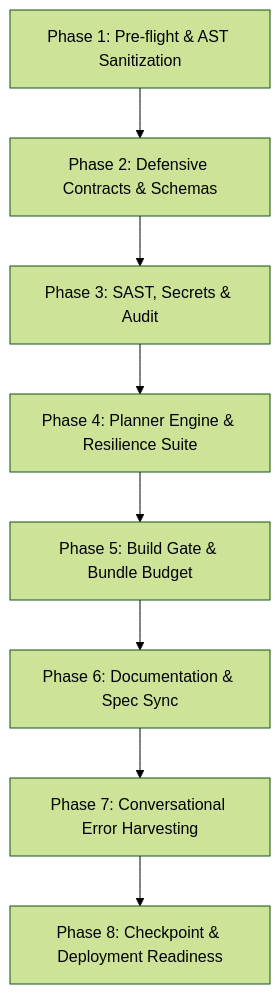
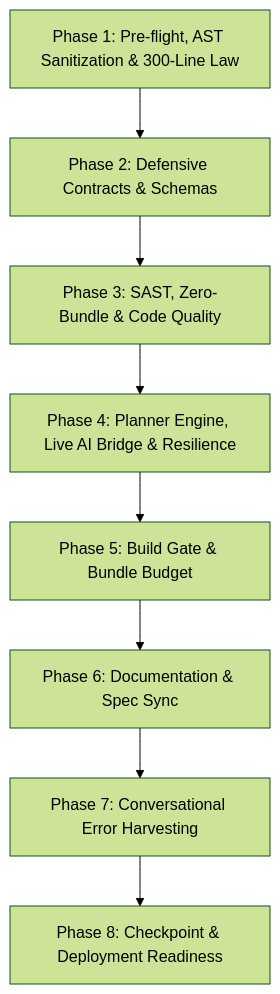
Before and after one commit to hitanshuac/utsav: the diagram in .agents/skills/master-sync/SKILL.md, drawn with Mermaid (forest theme). The commit also changed other lines of this file and 67 other files, not shown here.

Commit message:
feat(governance): achieve 99+ code quality with 8-scan compliance, modular decomposition & challenge 5 post-mortem

````diff
--- a/.agents/skills/master-sync/SKILL.md
+++ b/.agents/skills/master-sync/SKILL.md
@@ -12,10 +12,10 @@
 ```mermaid
 graph TD
-    P1[Phase 1: Pre-flight & AST Sanitization] --> P2[Phase 2: Defensive Contracts & Schemas]
-    P2 --> P3[Phase 3: SAST, Secrets & Audit]
-    P3 --> P4[Phase 4: Planner Engine & Resilience Suite]
+    P1[Phase 1: Pre-flight, AST Sanitization & 300-Line Law] --> P2[Phase 2: Defensive Contracts & Schemas]
+    P2 --> P3[Phase 3: SAST, Zero-Bundle & Code Quality]
+    P3 --> P4[Phase 4: Planner Engine, Live AI Bridge & Resilience]
     P4 --> P5[Phase 5: Build Gate & Bundle Budget]
     P5 --> P6[Phase 6: Documentation & Spec Sync]
     P6 --> P7[Phase 7: Conversational Error Harvesting]
     P7 --> P8[Phase 8: Checkpoint & Deployment Readiness]
 ```
````
